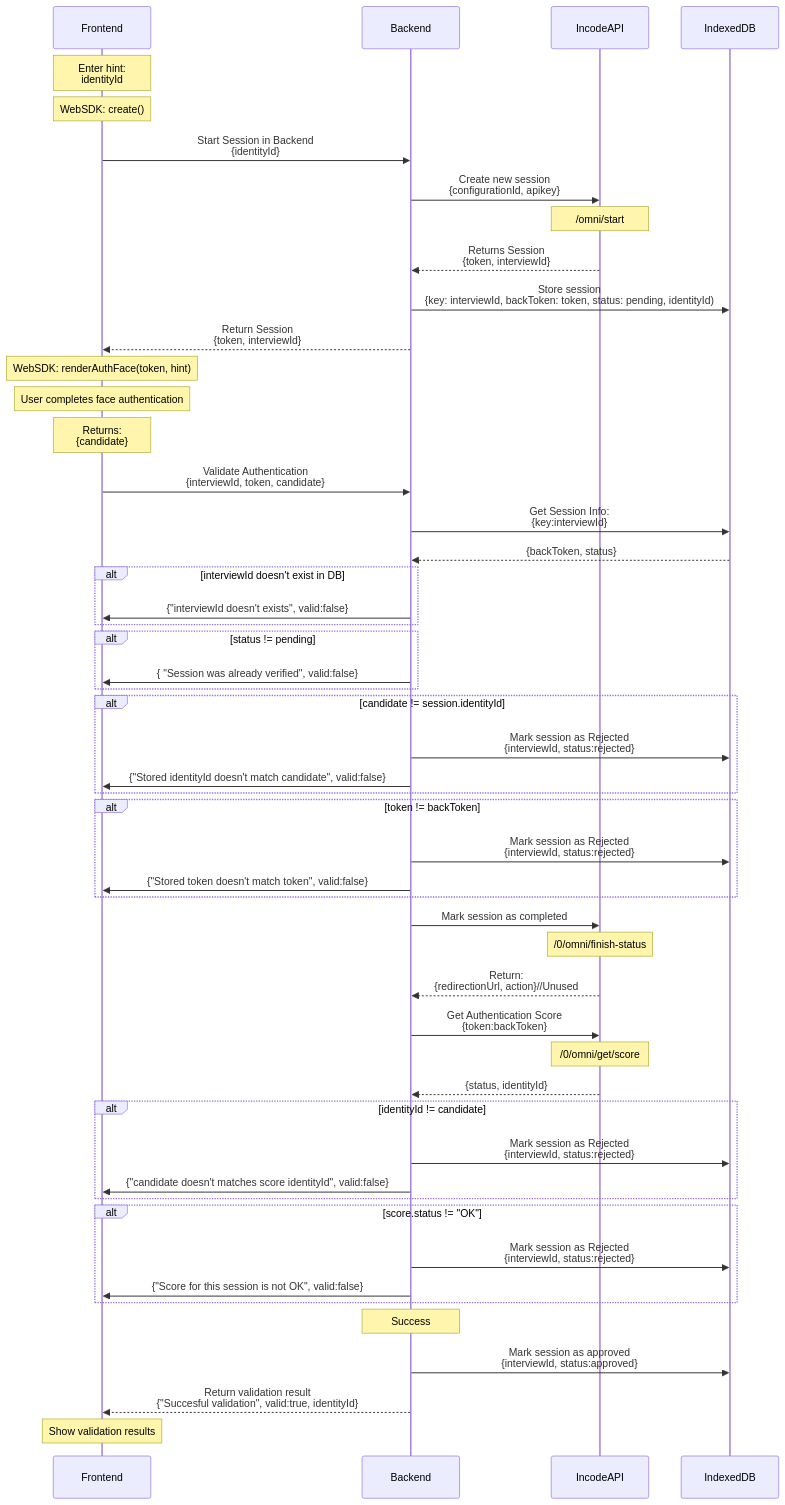
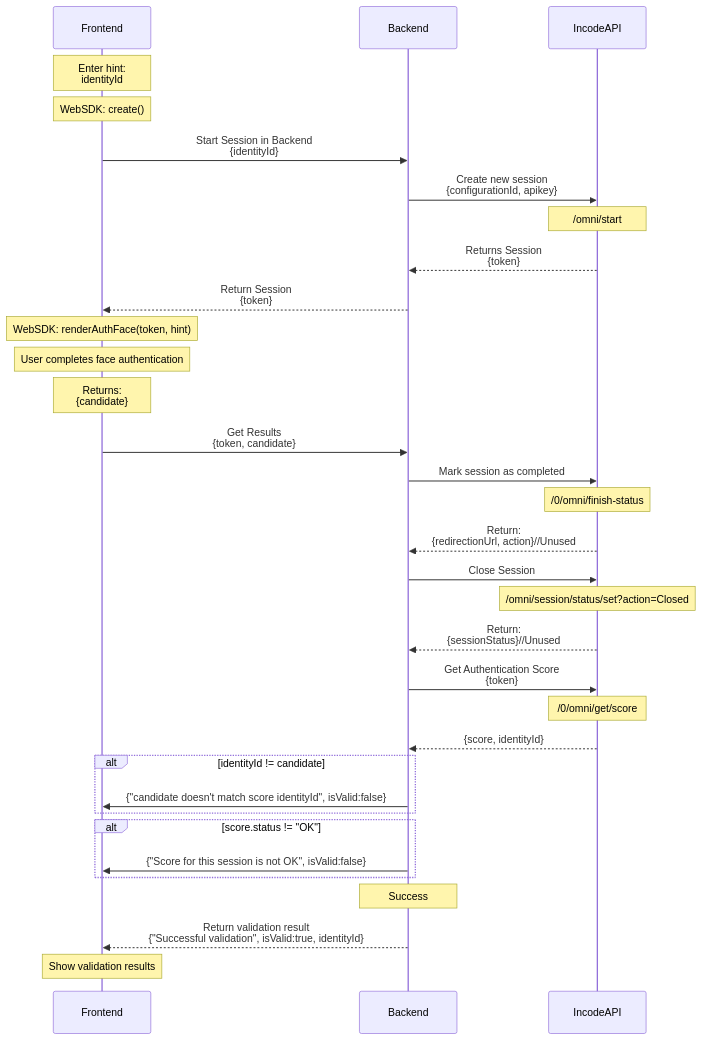
Before and after one commit to Incode-Technologies-Example-Repos/authentication-core-javascript: the diagram in README.md, drawn with Mermaid. The commit also changed other lines of this file and 6 other files, not shown here.

````diff
--- a/README.md
+++ b/README.md
@@ -18,59 +16,43 @@
 ```mermaid
 sequenceDiagram
     participant Frontend
     participant Backend
     participant IncodeAPI
-    participant IndexedDB
 
-    Note over Frontend: Enter hint:<br> identityId
+    Note over Frontend: Enter hint:<br>identityId
     Note over Frontend: WebSDK: create()
     Frontend->>Backend: Start Session in Backend<br>{identityId}
     Backend->>IncodeAPI: Create new session<br>{configurationId, apikey}
     Note over IncodeAPI: /omni/start
-    IncodeAPI-->>Backend: Returns Session<br>{token, interviewId}
-    Backend->>IndexedDB: Store session<br>{key: interviewId, backToken: token, status: pending, identityId)
-    Backend-->>Frontend: Return Session<br>{token, interviewId}
+    IncodeAPI-->>Backend: Returns Session<br>{token}
+    Backend-->>Frontend: Return Session<br>{token}
 
     Note over Frontend: WebSDK: renderAuthFace(token, hint)
     Note over Frontend: User completes face authentication
     Note over Frontend:Returns:<br>{candidate}
 
-    Frontend->>Backend: Validate Authentication<br>{interviewId, token, candidate}
-    Backend->>IndexedDB: Get Session Info:<br>{key:interviewId}
-    IndexedDB-->>Backend:  {backToken, status}
-    alt interviewId doesn't exist in DB
-      Backend->>Frontend: {"interviewId doesn't exists", valid:false}
-    end
-    alt status != pending
-      Backend->>Frontend: { "Session was already verified", valid:false}
-    end
-    alt candidate != session.identityId
-      Backend->>IndexedDB: Mark session as Rejected<br>{interviewId, status:rejected}
-      Backend->>Frontend: {"Stored identityId doesn't match candidate", valid:false}
-    end
-    alt token != backToken
-      Backend->>IndexedDB: Mark session as Rejected<br>{interviewId, status:rejected}
-      Backend->>Frontend: {"Stored token doesn't match token", valid:false}
-    end
-   
+    Frontend->>Backend: Get Results<br>{token, candidate}
+  
     Backend->>IncodeAPI: Mark session as completed
     Note over IncodeAPI: /0/omni/finish-status
     IncodeAPI-->>Backend: Return:<br>{redirectionUrl, action}//Unused
 
-    Backend->>IncodeAPI: Get Authentication Score<br>{token:backToken}
+    Backend->>IncodeAPI: Close Session
+    Note over IncodeAPI: /omni/session/status/set?action=Closed
+    IncodeAPI-->>Backend: Return:<br>{sessionStatus}//Unused
+
+    Backend->>IncodeAPI: Get Authentication Score<br>{token}
     Note over IncodeAPI: /0/omni/get/score
-    IncodeAPI-->>Backend: {status, identityId}
+    IncodeAPI-->>Backend: {score, identityId}
     alt identityId != candidate
-      Backend->>IndexedDB: Mark session as Rejected<br>{interviewId, status:rejected}
-      Backend->>Frontend: {"candidate doesn't matches score identityId", valid:false}
+      Backend->>Frontend: {"candidate doesn't match score identityId", isValid:false}
     end
+    
     alt score.status != "OK"
-      Backend->>IndexedDB: Mark session as Rejected<br>{interviewId, status:rejected}
-      Backend->>Frontend: {"Score for this session is not OK", valid:false}
+      Backend->>Frontend: {"Score for this session is not OK", isValid:false}
     end
 
     Note over Backend: Success
-    Backend->>IndexedDB: Mark session as approved<br>{interviewId, status:approved}
-    Backend-->>Frontend: Return validation result<br>{"Succesful validation", valid:true, identityId}
+    Backend-->>Frontend: Return validation result<br>{"Successful validation", isValid:true, identityId}
     Note over Frontend: Show validation results
 ```
````
